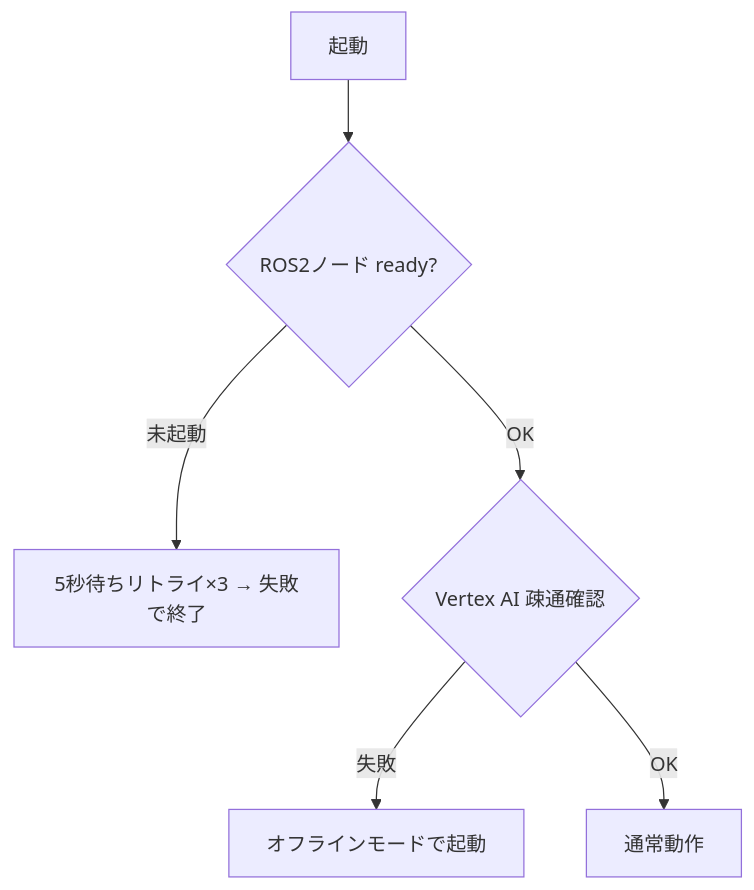
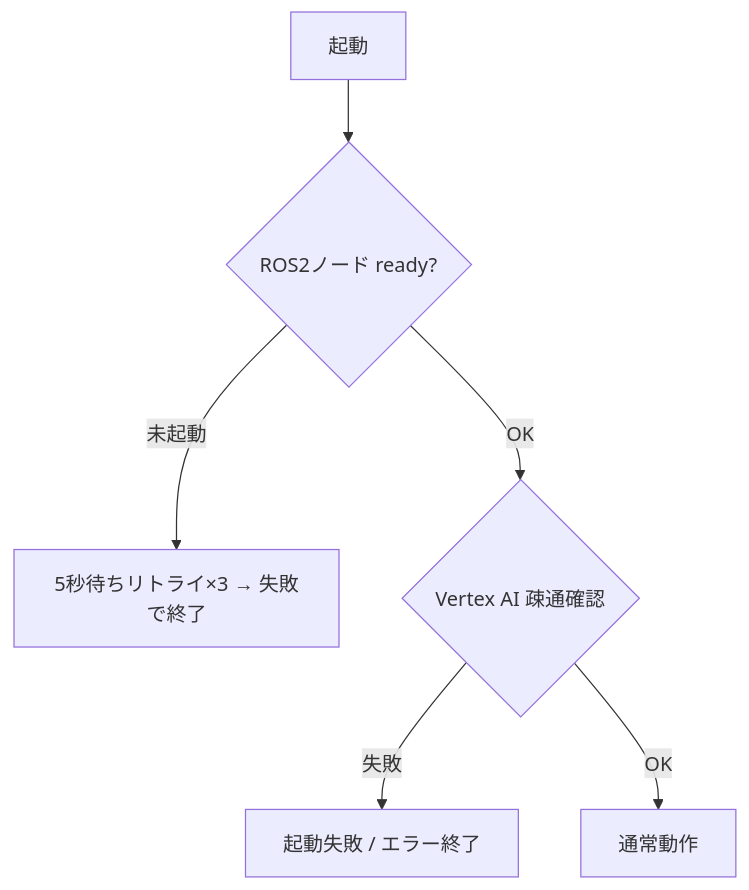
One commit to sato-susumu/susumu_agent changed the ninth of 10 diagrams in docs/Design.md. Above: the diagram before and after it, drawn with Mermaid. The commit also changed other lines of this file and 21 other files, not shown here.

````diff
--- a/docs/Design.md
+++ b/docs/Design.md
@@ -758,8 +812,8 @@
 ```mermaid
 flowchart TD
     A["起動"] --> B{"ROS2ノード ready?"}
     B -->|"未起動"| C["5秒待ちリトライ×3 → 失敗で終了"]
     B -->|"OK"| D{"Vertex AI 疎通確認"}
-    D -->|"失敗"| E["オフラインモードで起動"]
+    D -->|"失敗"| E["起動失敗 / エラー終了"]
     D -->|"OK"| F["通常動作"]
 ```
````
